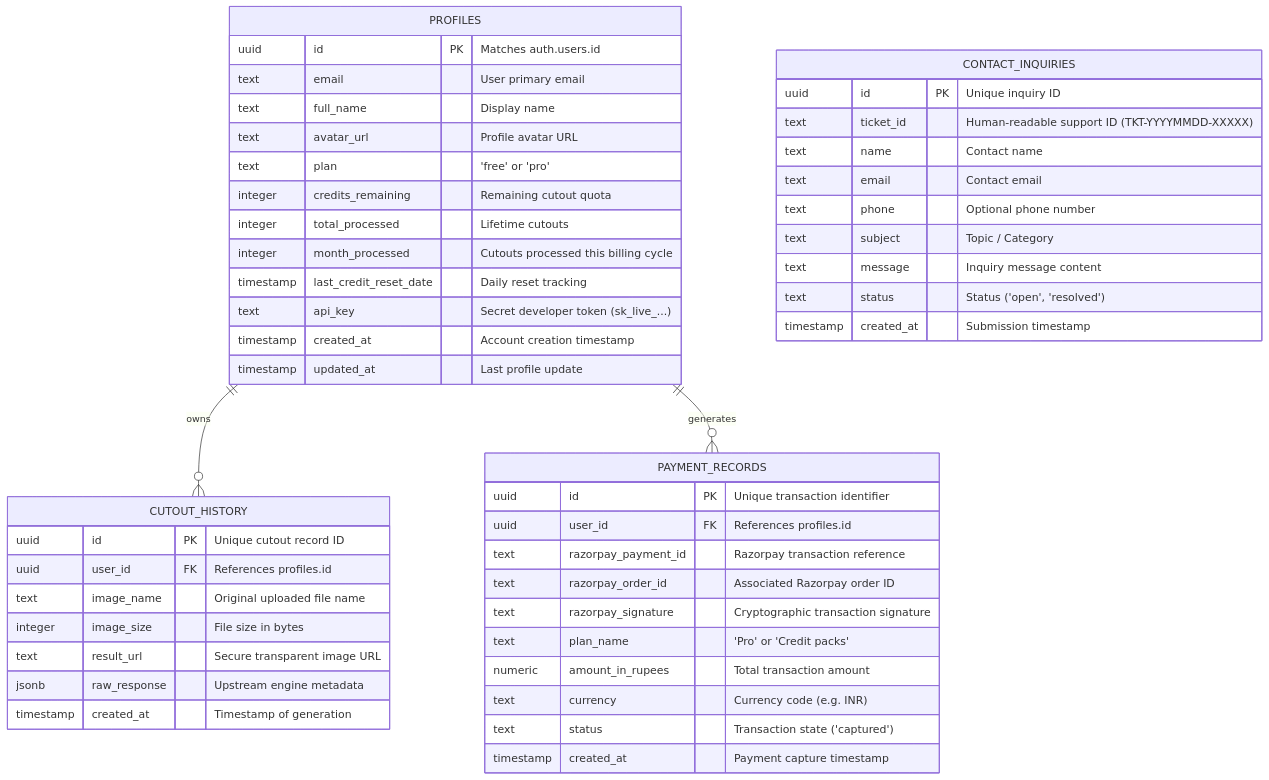
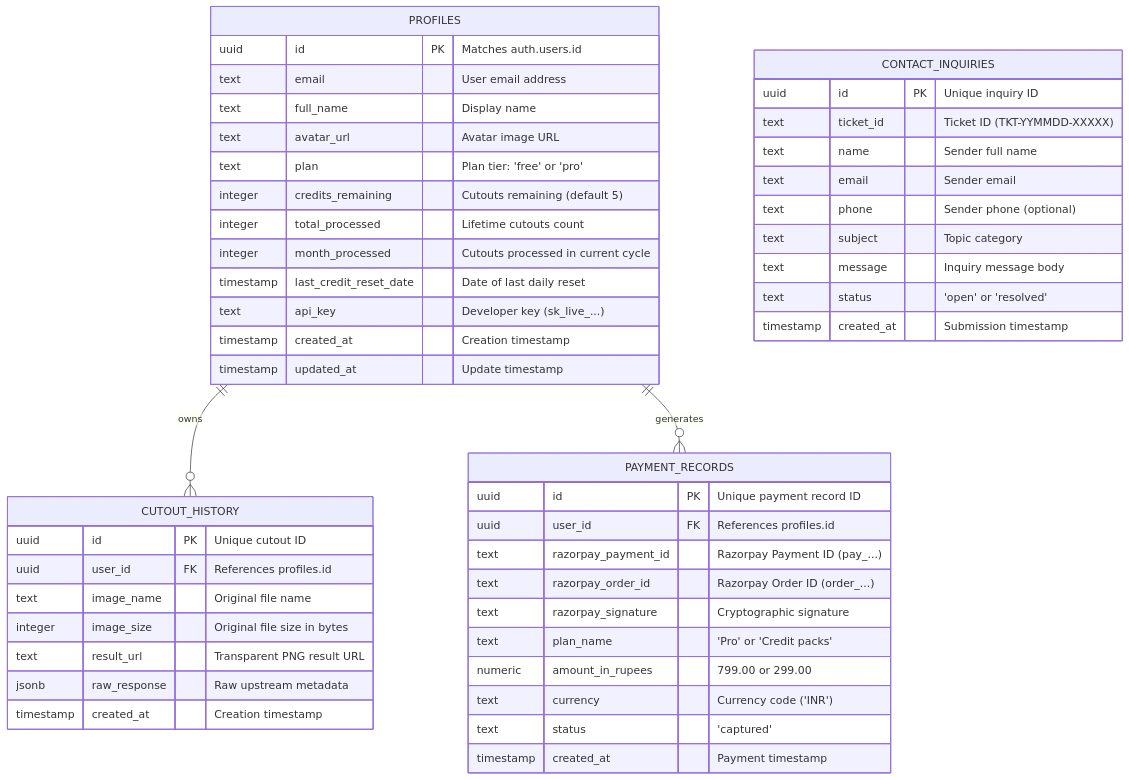
The fifth of 5 diagrams in README.md (still-trying/Sn_apKut-AI), drawn with Mermaid before and after one commit. The commit also changed other lines of this file, not shown here.

Commit message:
docs: make README 100% genuine with verified pricing, architecture and real codebase schemas

````diff
--- a/README.md
+++ b/README.md
@@ -201,55 +244,55 @@
 ```mermaid
 erDiagram
     PROFILES ||--o{ CUTOUT_HISTORY : owns
     PROFILES ||--o{ PAYMENT_RECORDS : generates
-    
+
     PROFILES {
         uuid id PK "Matches auth.users.id"
-        text email "User primary email"
+        text email "User email address"
         text full_name "Display name"
-        text avatar_url "Profile avatar URL"
-        text plan "'free' or 'pro'"
-        integer credits_remaining "Remaining cutout quota"
-        integer total_processed "Lifetime cutouts"
-        integer month_processed "Cutouts processed this billing cycle"
-        timestamp last_credit_reset_date "Daily reset tracking"
-        text api_key "Secret developer token (sk_live_...)"
-        timestamp created_at "Account creation timestamp"
-        timestamp updated_at "Last profile update"
+        text avatar_url "Avatar image URL"
+        text plan "Plan tier: 'free' or 'pro'"
+        integer credits_remaining "Cutouts remaining (default 5)"
+        integer total_processed "Lifetime cutouts count"
+        integer month_processed "Cutouts processed in current cycle"
+        timestamp last_credit_reset_date "Date of last daily reset"
+        text api_key "Developer key (sk_live_...)"
+        timestamp created_at "Creation timestamp"
+        timestamp updated_at "Update timestamp"
     }
 
     CUTOUT_HISTORY {
-        uuid id PK "Unique cutout record ID"
+        uuid id PK "Unique cutout ID"
         uuid user_id FK "References profiles.id"
-        text image_name "Original uploaded file name"
-        integer image_size "File size in bytes"
-        text result_url "Secure transparent image URL"
-        jsonb raw_response "Upstream engine metadata"
-        timestamp created_at "Timestamp of generation"
+        text image_name "Original file name"
+        integer image_size "Original file size in bytes"
+        text result_url "Transparent PNG result URL"
+        jsonb raw_response "Raw upstream metadata"
+        timestamp created_at "Creation timestamp"
     }
 
     PAYMENT_RECORDS {
-        uuid id PK "Unique transaction identifier"
+        uuid id PK "Unique payment record ID"
         uuid user_id FK "References profiles.id"
-        text razorpay_payment_id "Razorpay transaction reference"
-        text razorpay_order_id "Associated Razorpay order ID"
-        text razorpay_signature "Cryptographic transaction signature"
+        text razorpay_payment_id "Razorpay Payment ID (pay_...)"
+        text razorpay_order_id "Razorpay Order ID (order_...)"
+        text razorpay_signature "Cryptographic signature"
         text plan_name "'Pro' or 'Credit packs'"
-        numeric amount_in_rupees "Total transaction amount"
-        text currency "Currency code (e.g. INR)"
-        text status "Transaction state ('captured')"
-        timestamp created_at "Payment capture timestamp"
+        numeric amount_in_rupees "799.00 or 299.00"
+        text currency "Currency code ('INR')"
+        text status "'captured'"
+        timestamp created_at "Payment timestamp"
     }
 
     CONTACT_INQUIRIES {
         uuid id PK "Unique inquiry ID"
-        text ticket_id "Human-readable support ID (TKT-YYYYMMDD-XXXXX)"
-        text name "Contact name"
-        text email "Contact email"
-        text phone "Optional phone number"
-        text subject "Topic / Category"
-        text message "Inquiry message content"
-        text status "Status ('open', 'resolved')"
+        text ticket_id "Ticket ID (TKT-YYMMDD-XXXXX)"
+        text name "Sender full name"
+        text email "Sender email"
+        text phone "Sender phone (optional)"
+        text subject "Topic category"
+        text message "Inquiry message body"
+        text status "'open' or 'resolved'"
         timestamp created_at "Submission timestamp"
     }
 ```
````
